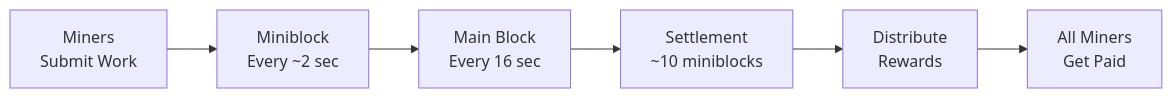
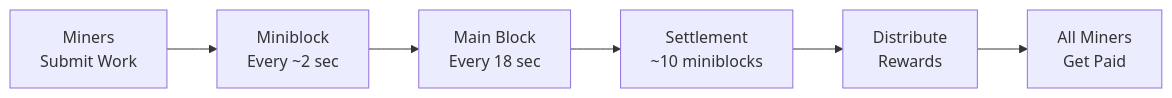
One commit to DHEBP/dero-docs changed the diagram in derod-main/pages/basics/mining.mdx. Above: the diagram before and after it, drawn with Mermaid. The commit also changed other lines of this file and 20 other files, not shown here.

````diff
--- a/derod-main/pages/basics/mining.mdx
+++ b/derod-main/pages/basics/mining.mdx
@@ -53,8 +53,8 @@
 ```mermaid
 graph LR
     M[Miners<br/>Submit Work] --> SB[Miniblock<br/>Every ~2 sec]
-    SB --> MB[Main Block<br/>Every 16 sec]
+    SB --> MB[Main Block<br/>Every 18 sec]
     MB --> SET[Settlement<br/>~10 miniblocks]
     SET --> RWD[Distribute<br/>Rewards]
     RWD --> MIN[All Miners<br/>Get Paid]
 ```
````
